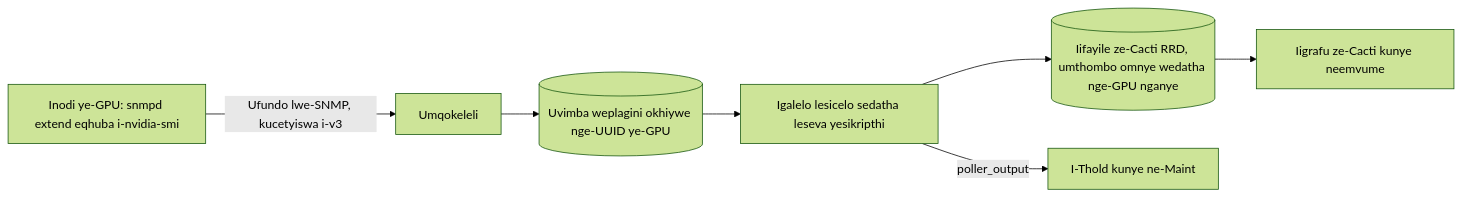
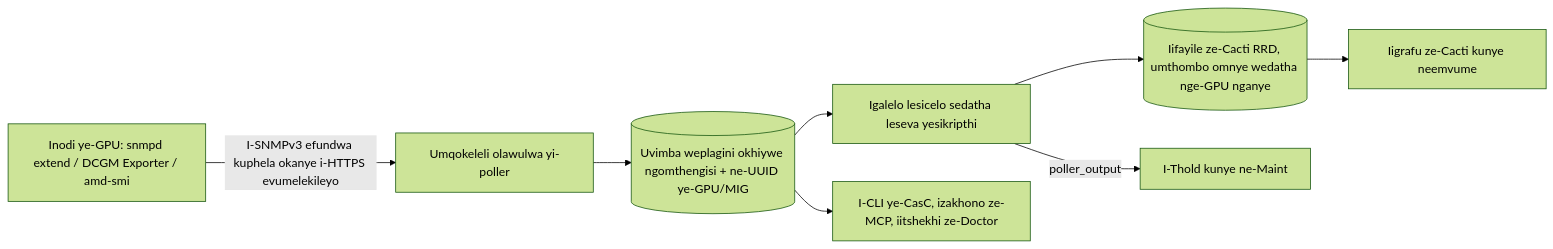
The diagram in docs/i18n/xh-ZA/README.md (somethingwithproof/plugin_gpu), drawn with Mermaid (forest theme) before and after one commit. The commit also changed other lines of this file and 47 other files, not shown here.

````diff
--- a/docs/i18n/xh-ZA/README.md
+++ b/docs/i18n/xh-ZA/README.md
@@ -104,9 +104,10 @@
 ```mermaid
 flowchart LR
-    NODE[Inodi ye-GPU: snmpd extend eqhuba i-nvidia-smi] -->|Ufundo lwe-SNMP, kucetyiswa i-v3| C[Umqokeleli]
-    C --> CACHE[(Uvimba weplagini okhiywe nge-UUID ye-GPU)]
-    CACHE --> SS[Igalelo lesicelo sedatha leseva yesikripthi]
-    SS --> RRD[(Iifayile ze-Cacti RRD, umthombo omnye wedatha nge-GPU nganye)]
-    SS -->|poller_output| T[I-Thold kunye ne-Maint]
-    RRD --> G[Iigrafu ze-Cacti kunye neemvume]
+    NODE["Inodi ye-GPU: snmpd extend / DCGM Exporter / amd-smi"] -->|"I-SNMPv3 efundwa kuphela okanye i-HTTPS evumelekileyo"| C["Umqokeleli olawulwa yi-poller"]
+    C --> CACHE[("Uvimba weplagini okhiywe ngomthengisi + ne-UUID ye-GPU/MIG")]
+    CACHE --> SS["Igalelo lesicelo sedatha leseva yesikripthi"]
+    CACHE --> ECO["I-CLI ye-CasC, izakhono ze-MCP, iitshekhi ze-Doctor"]
+    SS --> RRD[("Iifayile ze-Cacti RRD, umthombo omnye wedatha nge-GPU nganye")]
+    SS -->|poller_output| T["I-Thold kunye ne-Maint"]
+    RRD --> G["Iigrafu ze-Cacti kunye neemvume"]
 ```
````
